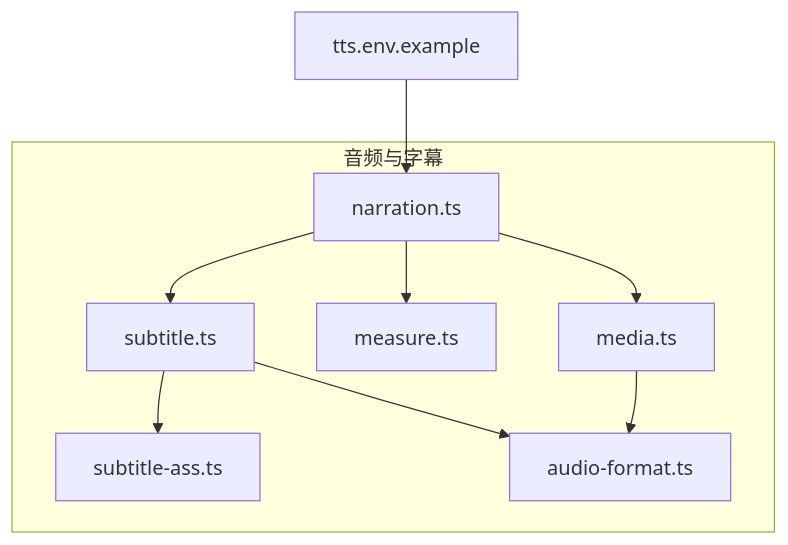
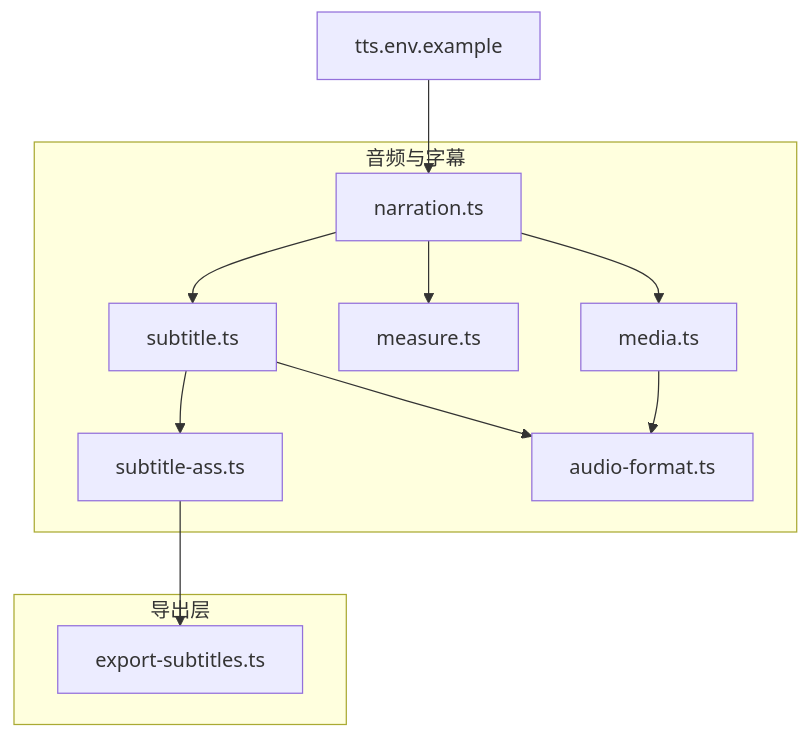
Before and after one commit to scottcwy/PurpleInk: the first of 3 diagrams in .qoder/repowiki/zh/content/音频处理/字幕生成.md, drawn with Mermaid. The commit also changed other lines of this file and 109 other files, not shown here.

````diff
--- a/.qoder/repowiki/zh/content/音频处理/字幕生成.md
+++ b/.qoder/repowiki/zh/content/音频处理/字幕生成.md
@@ -34,19 +44,23 @@
 ```mermaid
 graph TB
 subgraph "音频与字幕"
 NARR["narration.ts"]
 MEDIA["media.ts"]
 MEASURE["measure.ts"]
 SUB["subtitle.ts"]
 ASS["subtitle-ass.ts"]
 FMT["audio-format.ts"]
 end
+subgraph "导出层"
+EXPORT["export-subtitles.ts"]
+end
 CFG["tts.env.example"]
 NARR --> MEDIA
 NARR --> MEASURE
 NARR --> SUB
 SUB --> ASS
 SUB --> FMT
+ASS --> EXPORT
 MEDIA --> FMT
 CFG --> NARR
 ```
````
